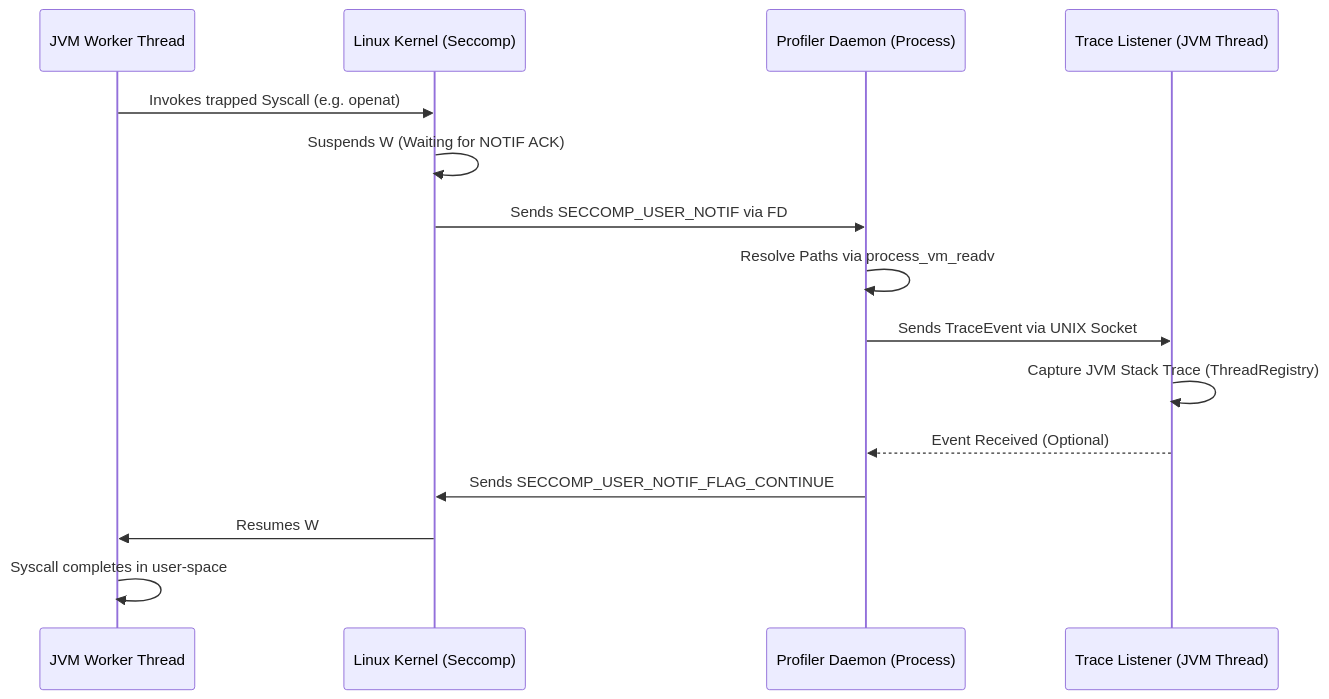
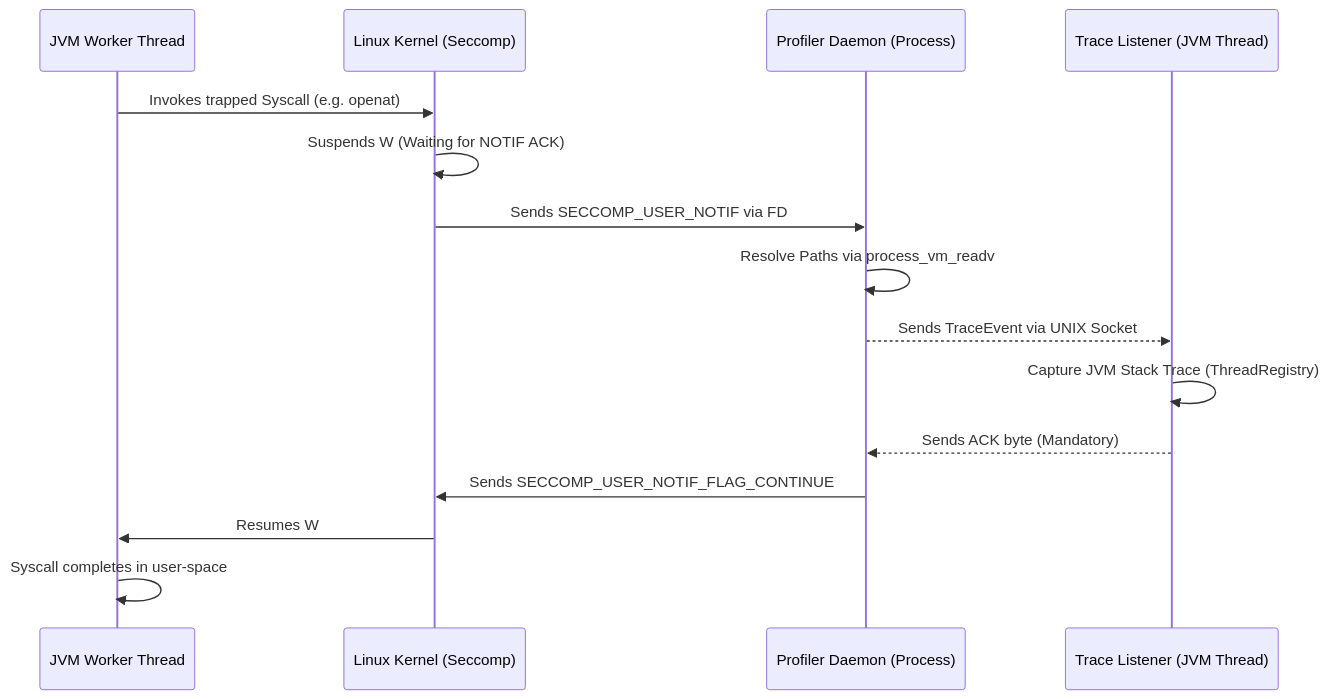
One commit to Pilleo/jseccomp changed the first of 2 diagrams in docs/internals/architectural_map.md. Above: the diagram before and after it, drawn with Mermaid. The commit also changed other lines of this file and 1 other file, not shown here.

First line of the commit message:
Update architectural documentation and diagrams

````diff
--- a/docs/internals/architectural_map.md
+++ b/docs/internals/architectural_map.md
@@ -19,18 +19,18 @@
 ```mermaid
 sequenceDiagram
     participant W as JVM Worker Thread
     participant K as Linux Kernel (Seccomp)
     participant D as Profiler Daemon (Process)
     participant L as Trace Listener (JVM Thread)
 
     W->>K: Invokes trapped Syscall (e.g. openat)
     K->>K: Suspends W (Waiting for NOTIF ACK)
     K->>D: Sends SECCOMP_USER_NOTIF via FD
     D->>D: Resolve Paths via process_vm_readv
-    D->>L: Sends TraceEvent via UNIX Socket
+    D-->>L: Sends TraceEvent via UNIX Socket
     L->>L: Capture JVM Stack Trace (ThreadRegistry)
-    L-->>D: Event Received (Optional)
+    L-->>D: Sends ACK byte (Mandatory)
     D->>K: Sends SECCOMP_USER_NOTIF_FLAG_CONTINUE
     K->>W: Resumes W
     W->>W: Syscall completes in user-space
 ```
````
